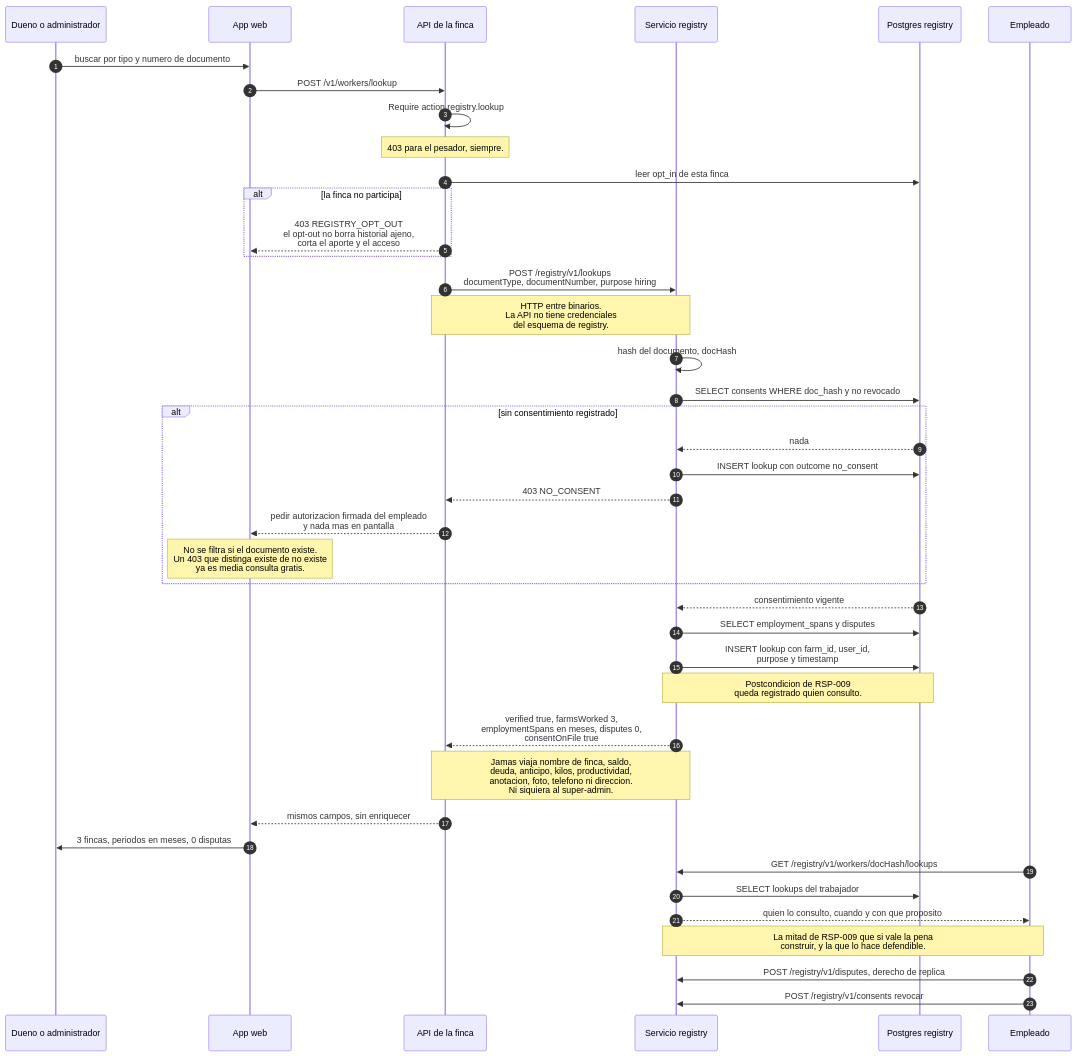
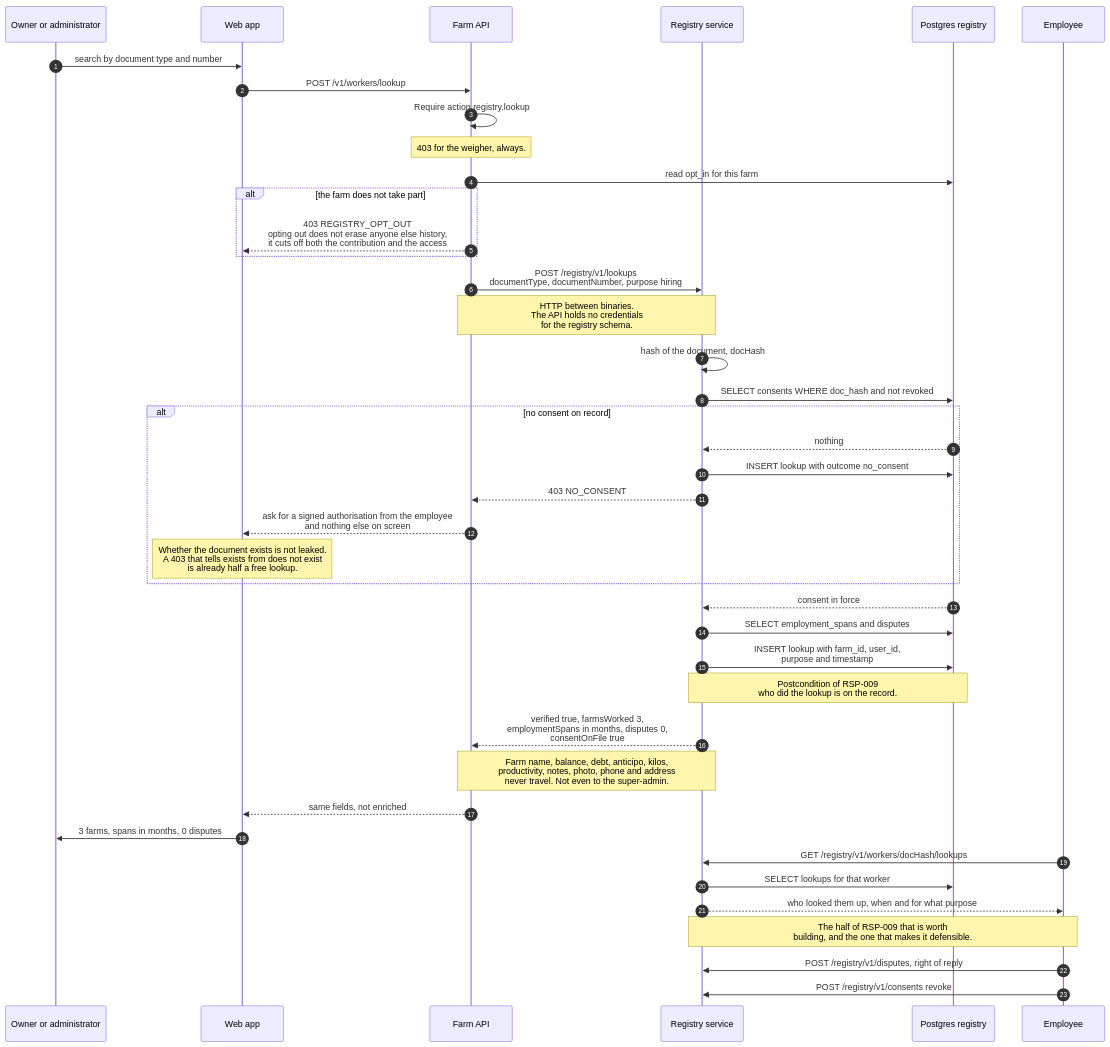
The sixth of 7 diagrams in docs/diagramas/web.md (ojardila/bascula), drawn with Mermaid before and after one commit. The commit also changed other lines of this file and 25 other files, not shown here.

````diff
--- a/docs/diagramas/web.md
+++ b/docs/diagramas/web.md
@@ -423,52 +428,52 @@
 ```mermaid
 sequenceDiagram
     autonumber
-    participant U as Dueno o administrador
-    participant W as App web
-    participant API as API de la finca
-    participant R as Servicio registry
+    participant U as Owner or administrator
+    participant W as Web app
+    participant API as Farm API
+    participant R as Registry service
     participant RD as Postgres registry
-    participant T as Empleado
+    participant T as Employee
 
-    U->>W: buscar por tipo y numero de documento
+    U->>W: search by document type and number
     W->>API: POST /v1/workers/lookup
     API->>API: Require action registry.lookup
-    Note over API: 403 para el pesador, siempre.
+    Note over API: 403 for the weigher, always.
 
-    API->>RD: leer opt_in de esta finca
-    alt la finca no participa
-        API-->>W: 403 REGISTRY_OPT_OUT<br/>el opt-out no borra historial ajeno,<br/>corta el aporte y el acceso
+    API->>RD: read opt_in for this farm
+    alt the farm does not take part
+        API-->>W: 403 REGISTRY_OPT_OUT<br/>opting out does not erase anyone else history,<br/>it cuts off both the contribution and the access
     end
 
     API->>R: POST /registry/v1/lookups<br/>documentType, documentNumber, purpose hiring
-    Note over API,R: HTTP entre binarios.<br/>La API no tiene credenciales<br/>del esquema de registry.
+    Note over API,R: HTTP between binaries.<br/>The API holds no credentials<br/>for the registry schema.
 
-    R->>R: hash del documento, docHash
-    R->>RD: SELECT consents WHERE doc_hash y no revocado
+    R->>R: hash of the document, docHash
+    R->>RD: SELECT consents WHERE doc_hash and not revoked
 
-    alt sin consentimiento registrado
-        RD-->>R: nada
-        R->>RD: INSERT lookup con outcome no_consent
+    alt no consent on record
+        RD-->>R: nothing
+        R->>RD: INSERT lookup with outcome no_consent
         R-->>API: 403 NO_CONSENT
-        API-->>W: pedir autorizacion firmada del empleado<br/>y nada mas en pantalla
-        Note over W: No se filtra si el documento existe.<br/>Un 403 que distinga existe de no existe<br/>ya es media consulta gratis.
+        API-->>W: ask for a signed authorisation from the employee<br/>and nothing else on screen
+        Note over W: Whether the document exists is not leaked.<br/>A 403 that tells exists from does not exist<br/>is already half a free lookup.
     end
 
-    RD-->>R: consentimiento vigente
-    R->>RD: SELECT employment_spans y disputes
-    R->>RD: INSERT lookup con farm_id, user_id,<br/>purpose y timestamp
-    Note over R,RD: Postcondicion de RSP-009<br/>queda registrado quien consulto.
+    RD-->>R: consent in force
+    R->>RD: SELECT employment_spans and disputes
+    R->>RD: INSERT lookup with farm_id, user_id,<br/>purpose and timestamp
+    Note over R,RD: Postcondition of RSP-009<br/>who did the lookup is on the record.
 
-    R-->>API: verified true, farmsWorked 3,<br/>employmentSpans en meses, disputes 0,<br/>consentOnFile true
-    Note over R,API: Jamas viaja nombre de finca, saldo,<br/>deuda, anticipo, kilos, productividad,<br/>anotacion, foto, telefono ni direccion.<br/>Ni siquiera al super-admin.
+    R-->>API: verified true, farmsWorked 3,<br/>employmentSpans in months, disputes 0,<br/>consentOnFile true
+    Note over R,API: Farm name, balance, debt, anticipo, kilos,<br/>productivity, notes, photo, phone and address<br/>never travel. Not even to the super-admin.
 
-    API-->>W: mismos campos, sin enriquecer
-    W->>U: 3 fincas, periodos en meses, 0 disputas
+    API-->>W: same fields, not enriched
+    W->>U: 3 farms, spans in months, 0 disputes
 
     T->>R: GET /registry/v1/workers/docHash/lookups
-    R->>RD: SELECT lookups del trabajador
-    R-->>T: quien lo consulto, cuando y con que proposito
-    Note over T,R: La mitad de RSP-009 que si vale la pena<br/>construir, y la que lo hace defendible.
-    T->>R: POST /registry/v1/disputes, derecho de replica
-    T->>R: POST /registry/v1/consents revocar
+    R->>RD: SELECT lookups for that worker
+    R-->>T: who looked them up, when and for what purpose
+    Note over T,R: The half of RSP-009 that is worth<br/>building, and the one that makes it defensible.
+    T->>R: POST /registry/v1/disputes, right of reply
+    T->>R: POST /registry/v1/consents revoke
 ```
````
